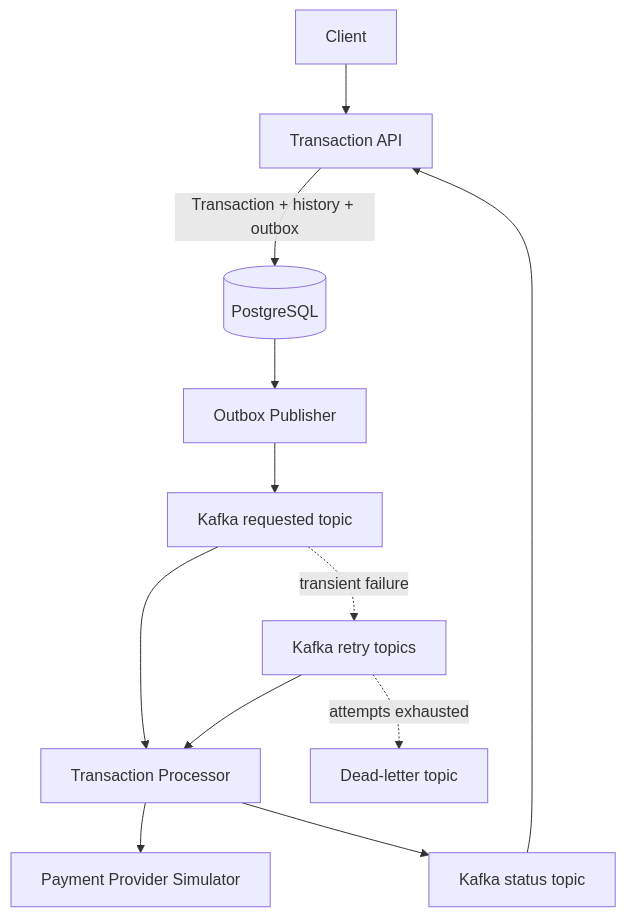
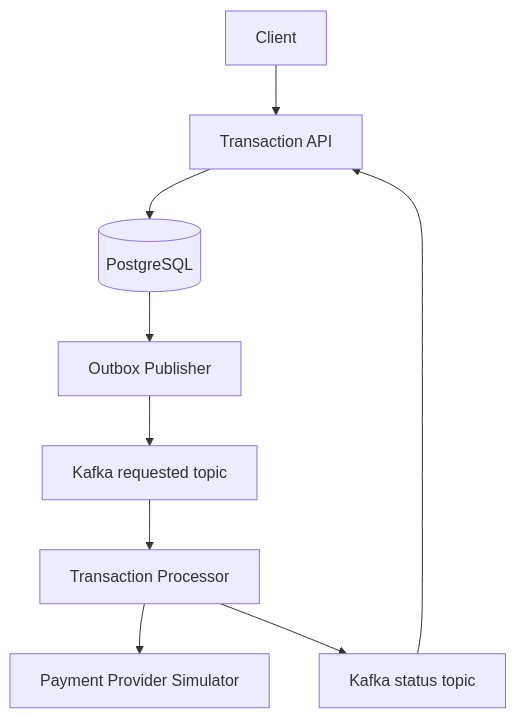
Before and after one commit to theInfamousBri/ledgerflow: the first of 2 diagrams in README.md, drawn with Mermaid. The commit also changed other lines of this file, not shown here.

Commit message:
fix: updating architecture diagram to be more reliable

````diff
--- a/README.md
+++ b/README.md
@@ -7,15 +7,11 @@
 ```mermaid
-flowchart TB
-    Client[Client] --> API[Transaction API]
-    API -->|Transaction + history + outbox| DB[(PostgreSQL)]
-    DB --> Outbox[Outbox Publisher]
-    Outbox --> Requested[Kafka requested topic]
-    Requested --> Processor[Transaction Processor]
-    Processor --> Provider[Payment Provider Simulator]
-    Processor --> Status[Kafka status topic]
+flowchart TD
+    Client["Client"] --> API["Transaction API"]
+    API --> Database[(PostgreSQL)]
+    Database --> Publisher["Outbox Publisher"]
+    Publisher --> Requested["Kafka requested topic"]
+    Requested --> Processor["Transaction Processor"]
+    Processor --> Provider["Payment Provider Simulator"]
+    Processor --> Status["Kafka status topic"]
     Status --> API
-
-    Requested -. transient failure .-> Retry[Kafka retry topics]
-    Retry --> Processor
-    Retry -. attempts exhausted .-> DLT[Dead-letter topic]
 ```
````
